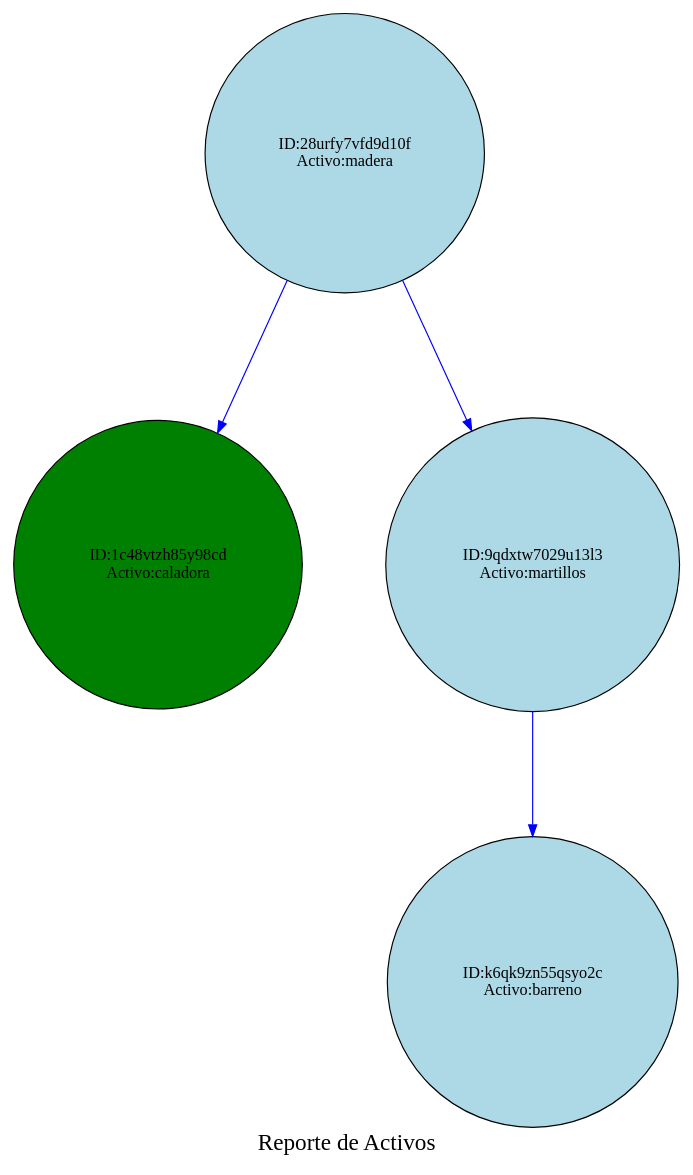
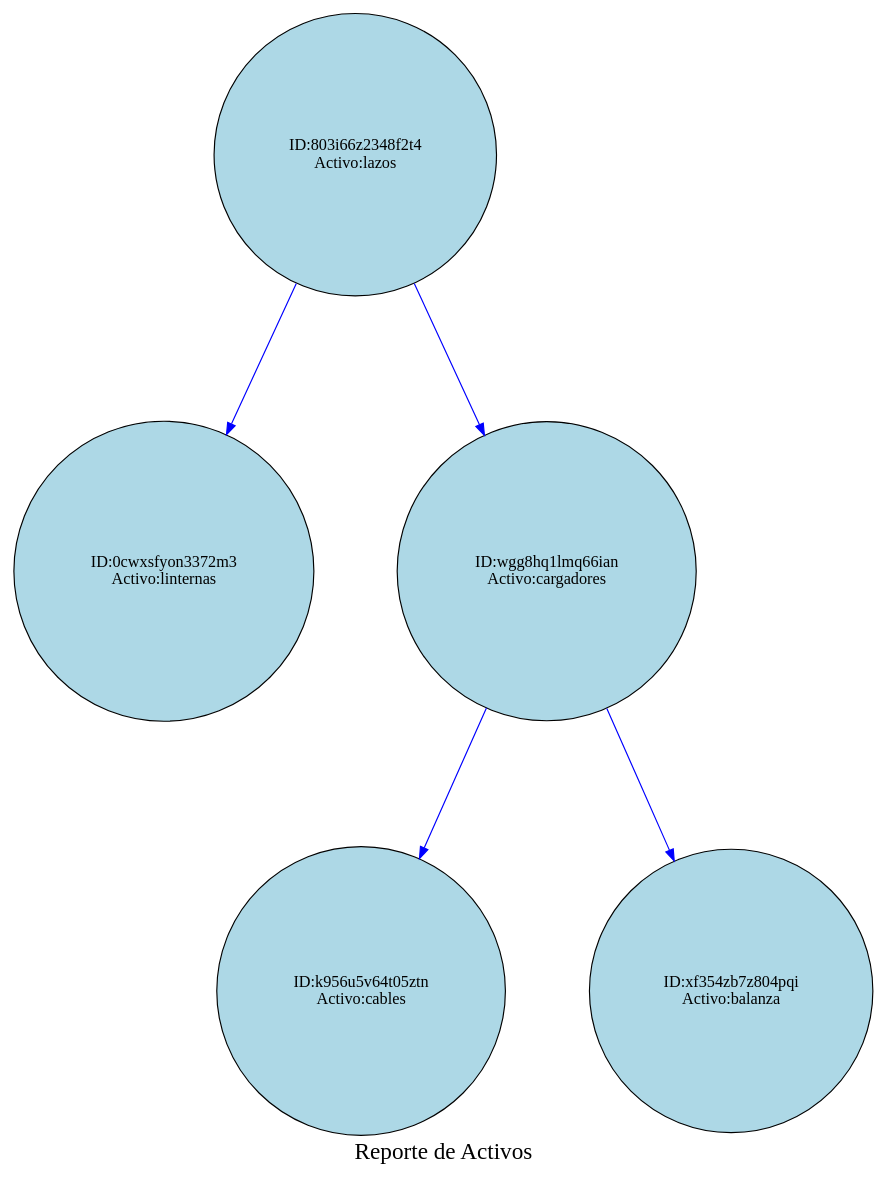
One commit to Ennero/EDD_Proyecto1_Vacas2_202302220 changed the diagram in Proyecto1/cmake-build-debug/reporteArbolAVL.dot. Above: the diagram before and after it, drawn with Graphviz. The commit also changed 16 other files, not shown here.

```diff
--- a/Proyecto1/cmake-build-debug/reporteArbolAVL.dot
+++ b/Proyecto1/cmake-build-debug/reporteArbolAVL.dot
@@ -1,16 +1,19 @@
 digraph AVLTree {
     node [shape=circle,style=filled, fillcolor=lightblue, margin=0.2];
 edge [style=solid, color=blue];
  graph [ranksep=1.5, nodesep=1];graph [label="Reporte de Activos", fontsize=20, fontcolor=black];
-    "28urfy7vfd9d10f" [label="ID:28urfy7vfd9d10f
-Activo:madera"];
-    "28urfy7vfd9d10f" -> "1c48vtzh85y98cd";
-    "1c48vtzh85y98cd" [label="ID:1c48vtzh85y98cd
-Activo:caladora"  , style=filled, fillcolor=green];
-    "28urfy7vfd9d10f" -> "9qdxtw7029u13l3";
-    "9qdxtw7029u13l3" [label="ID:9qdxtw7029u13l3
-Activo:martillos"];
-    "9qdxtw7029u13l3" -> "k6qk9zn55qsyo2c";
-    "k6qk9zn55qsyo2c" [label="ID:k6qk9zn55qsyo2c
-Activo:barreno"];
+    "803i66z2348f2t4" [label="ID:803i66z2348f2t4
+Activo:lazos"];
+    "803i66z2348f2t4" -> "0cwxsfyon3372m3";
+    "0cwxsfyon3372m3" [label="ID:0cwxsfyon3372m3
+Activo:linternas"];
+    "803i66z2348f2t4" -> "wgg8hq1lmq66ian";
+    "wgg8hq1lmq66ian" [label="ID:wgg8hq1lmq66ian
+Activo:cargadores"];
+    "wgg8hq1lmq66ian" -> "k956u5v64t05ztn";
+    "k956u5v64t05ztn" [label="ID:k956u5v64t05ztn
+Activo:cables"];
+    "wgg8hq1lmq66ian" -> "xf354zb7z804pqi";
+    "xf354zb7z804pqi" [label="ID:xf354zb7z804pqi
+Activo:balanza"];
 }
```
